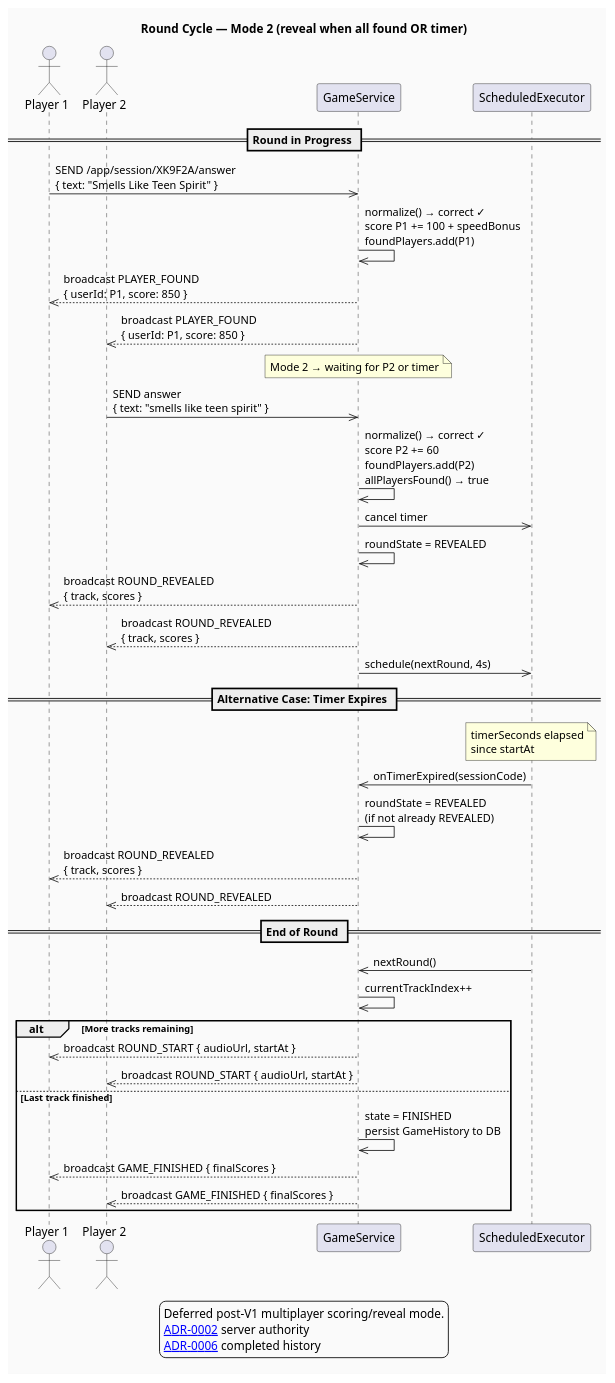
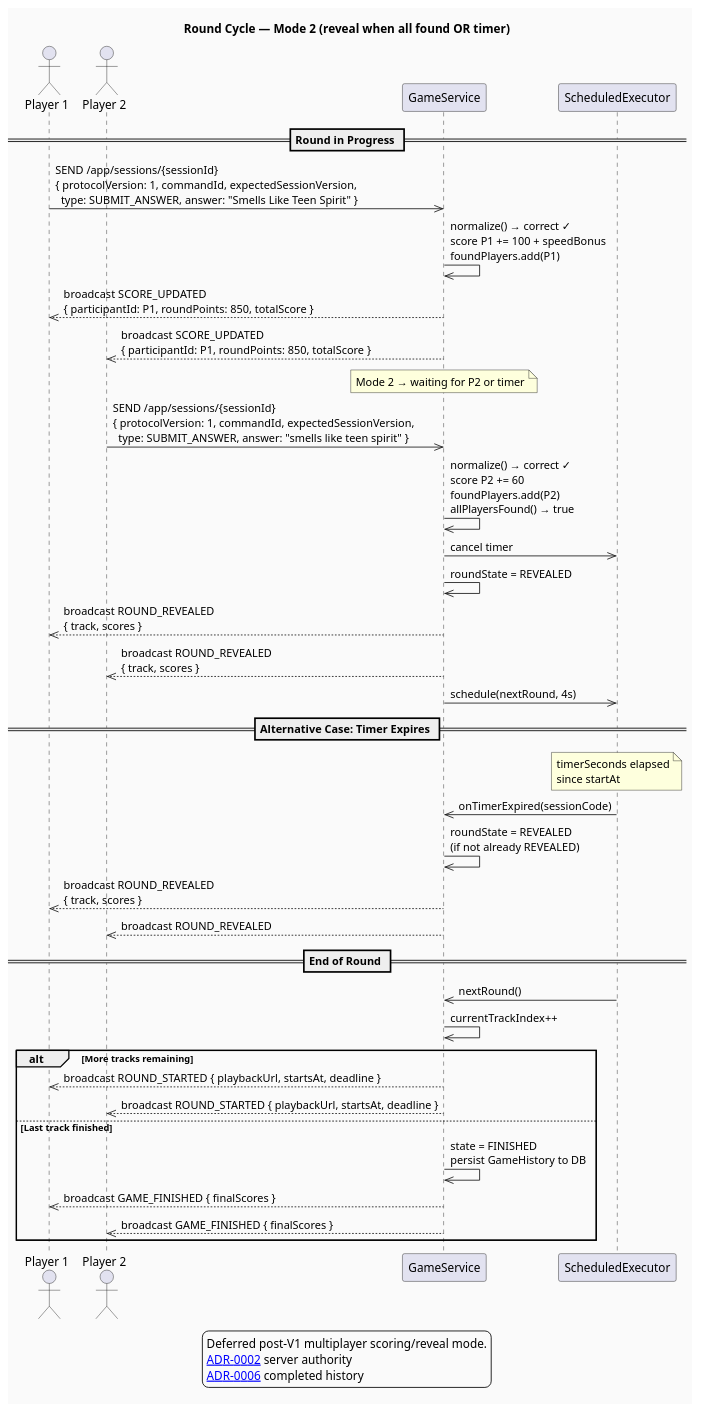
The third of 5 diagrams in docs/diagrams/04-sequences.puml (CyprienJ/blindTest), drawn with PlantUML before and after one commit. The commit also changed other lines of this file and 21 other files, not shown here.

```diff
--- a/docs/diagrams/04-sequences.puml
+++ b/docs/diagrams/04-sequences.puml
@@ -115,59 +115,59 @@
 @startuml Sequence - Round Cycle (Mode 2)
 ' Deferred multiplayer mode. ADR-0002 defines server authority and ADR-0006
 ' defines completed history persistence.
 title Round Cycle — Mode 2 (reveal when all found OR timer)
 skinparam backgroundColor #FAFAFA
 
 actor "Player 1" as p1
 actor "Player 2" as p2
 participant "GameService" as gs
 participant "ScheduledExecutor" as sched
 
 legend bottom
   Deferred post-V1 multiplayer scoring/reveal mode.
   [[../adr/0002-server-authoritative-sessions.md ADR-0002]] server authority
   [[../adr/0006-postgresql-history-snapshots.md ADR-0006]] completed history
 endlegend
 
 == Round in Progress ==
 
-p1 ->> gs : SEND /app/session/XK9F2A/answer\n{ text: "Smells Like Teen Spirit" }
+p1 ->> gs : SEND /app/sessions/{sessionId}\n{ protocolVersion: 1, commandId, expectedSessionVersion,\n  type: SUBMIT_ANSWER, answer: "Smells Like Teen Spirit" }
 gs ->> gs : normalize() → correct ✓\nscore P1 += 100 + speedBonus\nfoundPlayers.add(P1)
-gs -->> p1 : broadcast PLAYER_FOUND\n{ userId: P1, score: 850 }
-gs -->> p2 : broadcast PLAYER_FOUND\n{ userId: P1, score: 850 }
+gs -->> p1 : broadcast SCORE_UPDATED\n{ participantId: P1, roundPoints: 850, totalScore }
+gs -->> p2 : broadcast SCORE_UPDATED\n{ participantId: P1, roundPoints: 850, totalScore }
 
 note over gs : Mode 2 → waiting for P2 or timer
 
-p2 ->> gs : SEND answer\n{ text: "smells like teen spirit" }
+p2 ->> gs : SEND /app/sessions/{sessionId}\n{ protocolVersion: 1, commandId, expectedSessionVersion,\n  type: SUBMIT_ANSWER, answer: "smells like teen spirit" }
 gs ->> gs : normalize() → correct ✓\nscore P2 += 60\nfoundPlayers.add(P2)\nallPlayersFound() → true
 gs ->> sched : cancel timer
 gs ->> gs : roundState = REVEALED
 
 gs -->> p1 : broadcast ROUND_REVEALED\n{ track, scores }
 gs -->> p2 : broadcast ROUND_REVEALED\n{ track, scores }
 
 gs ->> sched : schedule(nextRound, 4s)
 
 == Alternative Case: Timer Expires ==
 
 note over sched : timerSeconds elapsed\nsince startAt
 
 sched ->> gs : onTimerExpired(sessionCode)
 gs ->> gs : roundState = REVEALED\n(if not already REVEALED)
 gs -->> p1 : broadcast ROUND_REVEALED\n{ track, scores }
 gs -->> p2 : broadcast ROUND_REVEALED
 
 == End of Round ==
 
 sched ->> gs : nextRound()
 gs ->> gs : currentTrackIndex++
 alt More tracks remaining
-  gs -->> p1 : broadcast ROUND_START { audioUrl, startAt }
-  gs -->> p2 : broadcast ROUND_START { audioUrl, startAt }
+  gs -->> p1 : broadcast ROUND_STARTED { playbackUrl, startsAt, deadline }
+  gs -->> p2 : broadcast ROUND_STARTED { playbackUrl, startsAt, deadline }
 else Last track finished
   gs ->> gs : state = FINISHED\npersist GameHistory to DB
   gs -->> p1 : broadcast GAME_FINISHED { finalScores }
   gs -->> p2 : broadcast GAME_FINISHED { finalScores }
 end
 
 @enduml
```
